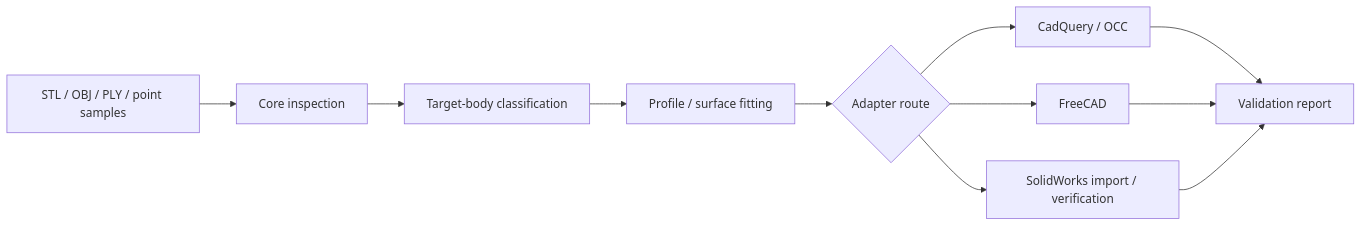
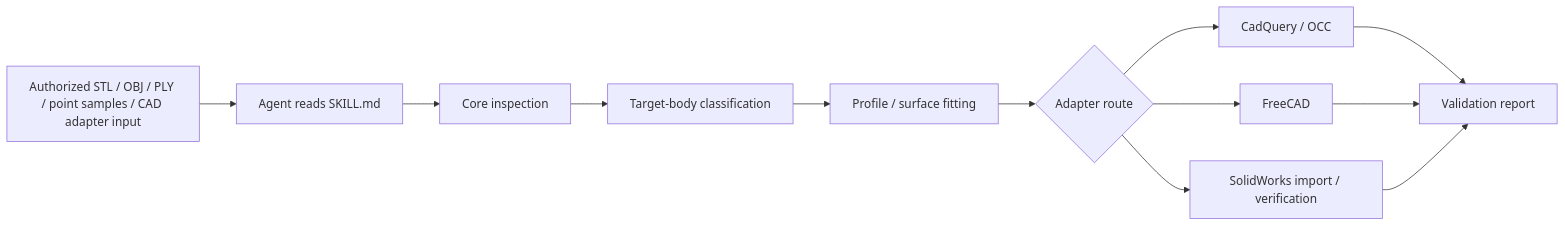
Before and after one commit to 18871379330/curved-surface-reconstruction: the diagram in README.md, drawn with Mermaid. The commit also changed other lines of this file, not shown here.

Commit message:
Position README as an AgentSkill repository

````diff
--- a/README.md
+++ b/README.md
@@ -61,13 +83,14 @@
 ```mermaid
 graph LR
-  A[STL / OBJ / PLY / point samples] --> B[Core inspection]
-  B --> C[Target-body classification]
-  C --> D[Profile / surface fitting]
-  D --> E{Adapter route}
-  E --> F[CadQuery / OCC]
-  E --> G[FreeCAD]
-  E --> H[SolidWorks import / verification]
-  F --> I[Validation report]
-  G --> I
-  H --> I
+  A[Authorized STL / OBJ / PLY / point samples / CAD adapter input] --> B[Agent reads SKILL.md]
+  B --> C[Core inspection]
+  C --> D[Target-body classification]
+  D --> E[Profile / surface fitting]
+  E --> F{Adapter route}
+  F --> G[CadQuery / OCC]
+  F --> H[FreeCAD]
+  F --> I[SolidWorks import / verification]
+  G --> J[Validation report]
+  H --> J
+  I --> J
 ```
````
